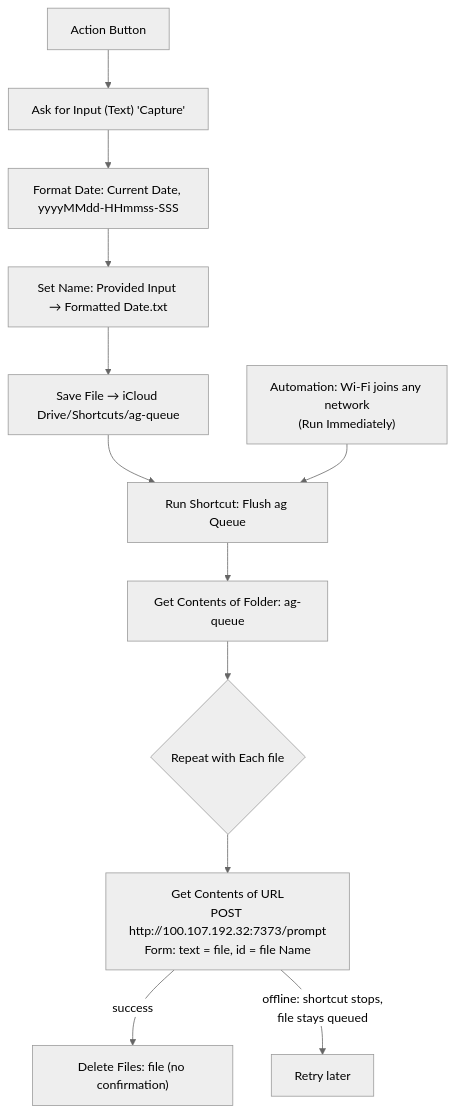
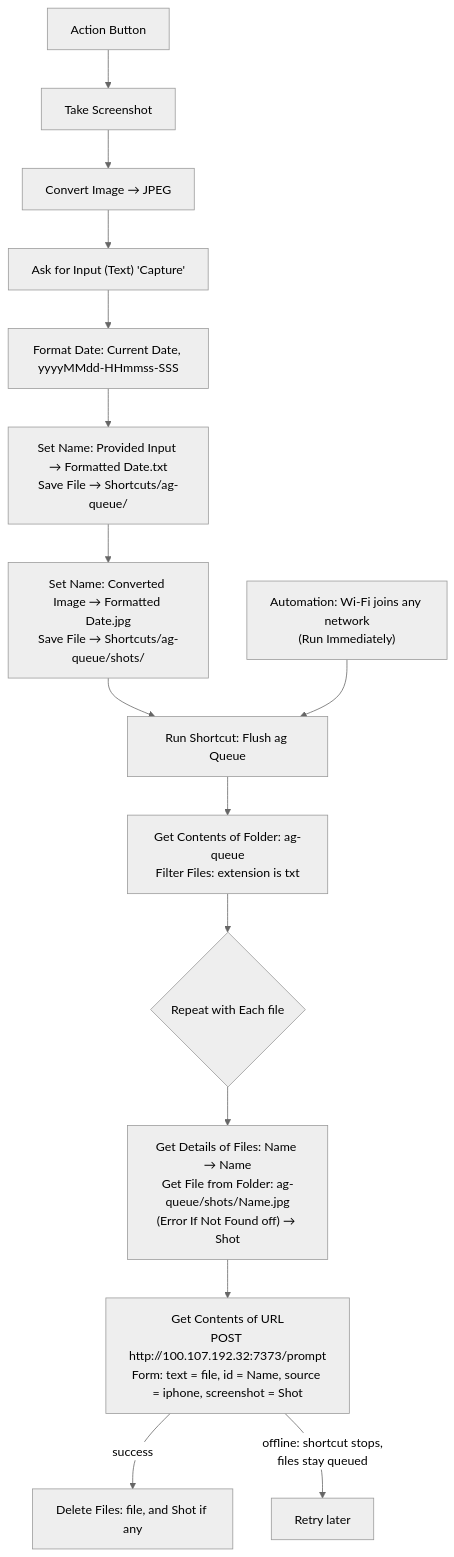
One commit to nathankoerschner/dotfiles changed the diagram in ios-shortcuts/capture-to-ag.md. Above: the diagram before and after it, drawn with Mermaid (neutral theme). The commit also changed other lines of this file and 6 other files, not shown here.

````diff
--- a/ios-shortcuts/capture-to-ag.md
+++ b/ios-shortcuts/capture-to-ag.md
@@ -12,15 +18,18 @@
 ```mermaid
 flowchart TD
-    A[Action Button] --> B["Ask for Input (Text) 'Capture'"]
+    A[Action Button] --> S["Take Screenshot"]
+    S --> S2["Convert Image → JPEG"]
+    S2 --> B["Ask for Input (Text) 'Capture'"]
     B --> C["Format Date: Current Date, yyyyMMdd-HHmmss-SSS"]
-    C --> D["Set Name: Provided Input → Formatted Date.txt"]
-    D --> E["Save File → iCloud Drive/Shortcuts/ag-queue"]
-    E --> F["Run Shortcut: Flush ag Queue"]
+    C --> D["Set Name: Provided Input → Formatted Date.txt<br/>Save File → Shortcuts/ag-queue/"]
+    D --> D2["Set Name: Converted Image → Formatted Date.jpg<br/>Save File → Shortcuts/ag-queue/shots/"]
+    D2 --> F["Run Shortcut: Flush ag Queue"]
 
     W["Automation: Wi-Fi joins any network<br/>(Run Immediately)"] --> F
-    F --> G["Get Contents of Folder: ag-queue"]
+    F --> G["Get Contents of Folder: ag-queue<br/>Filter Files: extension is txt"]
     G --> H{"Repeat with Each file"}
-    H --> I["Get Contents of URL<br/>POST http://100.107.192.32:7373/prompt<br/>Form: text = file, id = file Name"]
-    I -- "success" --> J["Delete Files: file (no confirmation)"]
-    I -- "offline: shortcut stops,<br/>file stays queued" --> K[Retry later]
+    H --> N["Get Details of Files: Name → Name<br/>Get File from Folder: ag-queue/shots/Name.jpg<br/>(Error If Not Found off) → Shot"]
+    N --> I["Get Contents of URL<br/>POST http://100.107.192.32:7373/prompt<br/>Form: text = file, id = Name, source = iphone, screenshot = Shot"]
+    I -- "success" --> J["Delete Files: file, and Shot if any"]
+    I -- "offline: shortcut stops,<br/>files stay queued" --> K[Retry later]
 ```
````
